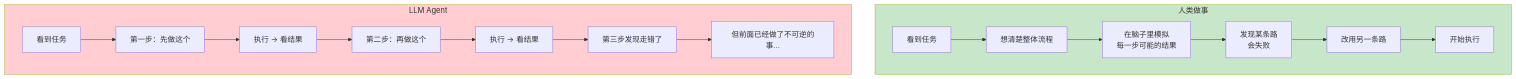
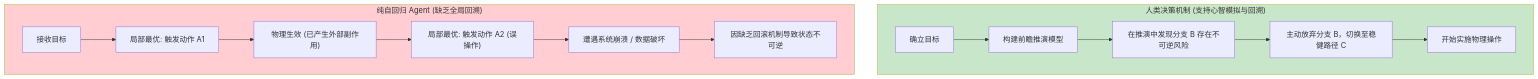
One commit to yingwang/thinking-in-llm changed the third of 9 diagrams in chapters/11-agents.md. Above: the diagram before and after it, drawn with Mermaid. The commit also changed other lines of this file and 31 other files, not shown here.

````diff
--- a/chapters/11-agents.md
+++ b/chapters/11-agents.md
@@ -164,22 +147,20 @@
 ```mermaid
 flowchart TD
-    subgraph 人类规划["人类做事"]
-        H1["看到任务"] --> H2["想清楚整体流程"]
-        H2 --> H3["在脑子里模拟<br>每一步可能的结果"]
-        H3 --> H4["发现某条路<br>会失败"]
-        H4 --> H5["改用另一条路"]
-        H5 --> H6["开始执行"]
+    subgraph 人类前瞻推演["人类决策机制 (支持心智模拟与回溯)"]
+        H1["确立目标"] --> H2["构建前瞻推演模型"]
+        H2 --> H3["在推演中发现分支 B 存在不可逆风险"]
+        H3 --> H4["主动放弃分支 B，切换至稳健路径 C"]
+        H4 --> H5["开始实施物理操作"]
     end
     
-    subgraph Agent["LLM Agent"]
-        A1["看到任务"] --> A2["第一步：先做这个"]
-        A2 --> A3["执行 → 看结果"]
-        A3 --> A4["第二步：再做这个"]
-        A4 --> A5["执行 → 看结果"]
-        A5 --> A6["第三步发现走错了"]
-        A6 --> A7["但前面已经做了不可逆的事..."]
+    subgraph 贪心智能体["纯自回归 Agent (缺乏全局回溯)"]
+        A1["接收目标"] --> A2["局部最优: 触发动作 A1"]
+        A2 --> A3["物理生效 (已产生外部副作用)"]
+        A3 --> A4["局部最优: 触发动作 A2 (误操作)"]
+        A4 --> A5["遭遇系统崩溃 / 数据破坏"]
+        A5 --> A6["因缺乏回滚机制导致状态不可逆"]
     end
     
-    style 人类规划 fill:#c8e6c9
-    style Agent fill:#ffcdd2
+    style 人类前瞻推演 fill:#c8e6c9
+    style 贪心智能体 fill:#ffcdd2
 ```
````
